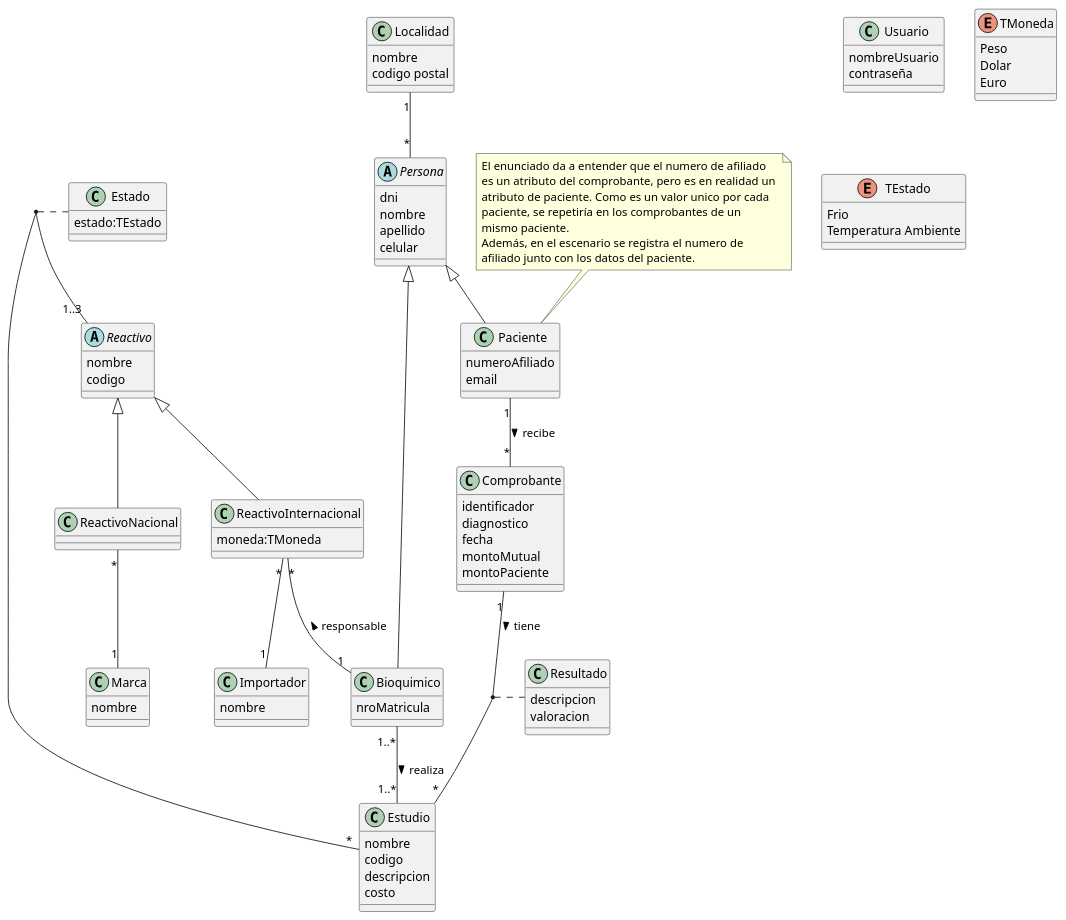
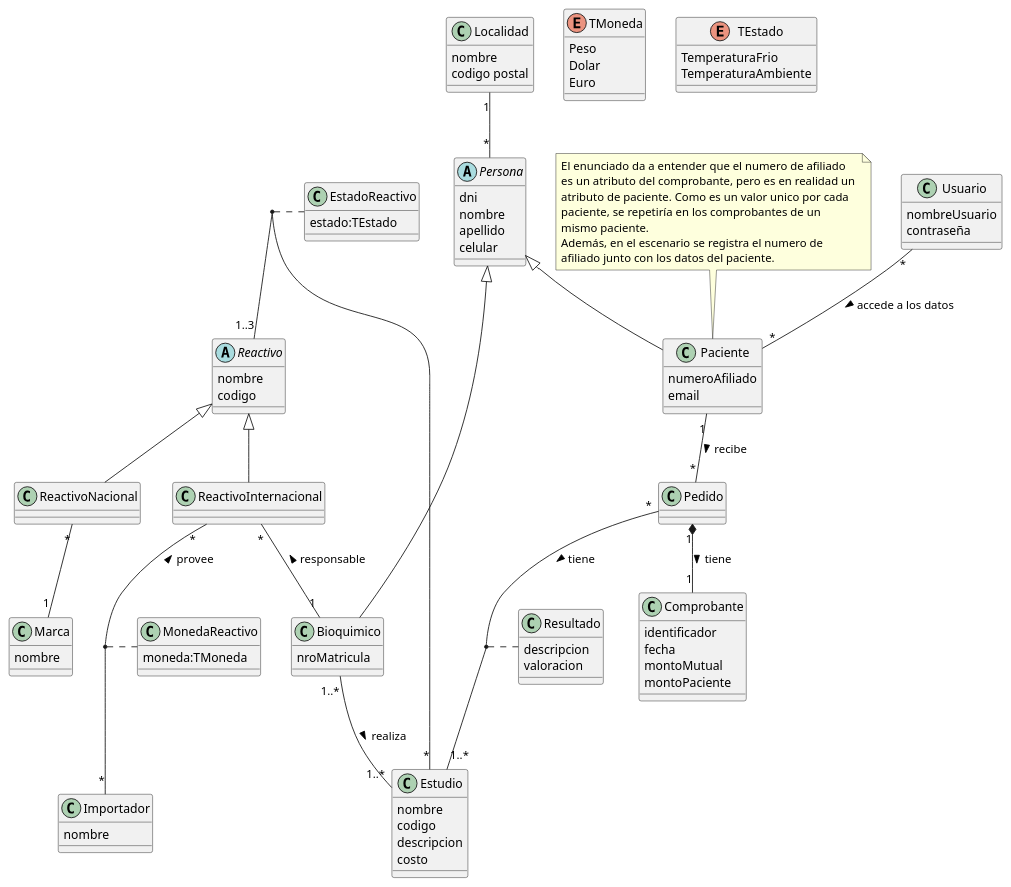
Before and after one commit to lau-luna/uni-2026: the diagram in ingenieria-de-software/practico/practico1/ejercicio-3.puml, drawn with PlantUML. The commit also changed 422 other files, not shown here.

```diff
--- a/ingenieria-de-software/practico/practico1/ejercicio-3.puml
+++ b/ingenieria-de-software/practico/practico1/ejercicio-3.puml
@@ -1,119 +1,131 @@
 @startuml
 
 
 class Localidad {
   nombre
   codigo postal
 }
 
 abstract class Persona {
   dni
   nombre
   apellido
   celular
 }
 
 Localidad "1" -- "*" Persona
 
 class Bioquimico {
   nroMatricula
 }
 
 class Paciente {
   numeroAfiliado
   email
+}
+
+class Pedido {
+
 }
 
 note top of Paciente
   El enunciado da a entender que el numero de afiliado 
   es un atributo del comprobante, pero es en realidad un 
   atributo de paciente. Como es un valor unico por cada 
   paciente, se repetiría en los comprobantes de un 
   mismo paciente.
   Además, en el escenario se registra el numero de 
   afiliado junto con los datos del paciente.
 endnote
 
 Persona <|-- Bioquimico
 Persona <|-- Paciente
 
 class Estudio {
   nombre
   codigo
   descripcion
  costo
 }
 
 Bioquimico "1..*" -- "1..*" Estudio : realiza >
 
 abstract class Reactivo {
   nombre
   codigo
 }
 
 Estudio "*" -- "1..3" Reactivo
 
-class Estado {
+class EstadoReactivo {
   estado:TEstado
 }
 
-(Reactivo, Estudio) .. Estado
+(Reactivo, Estudio) .. EstadoReactivo
 
 
 class ReactivoNacional {
 }
 
 class Marca {
   nombre
 }
 
 ReactivoNacional "*" -- "1" Marca
 
 class ReactivoInternacional {
-  moneda:TMoneda
 }
 
 class Importador {
   nombre
 }
 
 Reactivo <|-- ReactivoNacional
 Reactivo <|-- ReactivoInternacional
-ReactivoInternacional "*" --  "1" Importador
+ReactivoInternacional "*" --  "*" Importador : < provee
 ReactivoInternacional "*" -- "1" Bioquimico : < responsable
+
+class MonedaReactivo {
+  moneda:TMoneda
+}
+
+(ReactivoInternacional, Importador) .. MonedaReactivo
 
 
 class Comprobante {
   identificador
-  diagnostico
   fecha
   montoMutual
   montoPaciente
 }
 
-Comprobante "1" -- "*" Estudio : tiene >
-Paciente "1" -- "*" Comprobante : recibe >
+Pedido "1" *-- "1" Comprobante : tiene >
+
+Pedido "*" -- "1..*" Estudio : tiene >
+Paciente "1" -- "*" Pedido : recibe >
 
 class Resultado {
   descripcion
   valoracion
 }
 
-(Estudio, Comprobante) .. Resultado
+(Estudio, Pedido) .. Resultado
 
 class Usuario {
   nombreUsuario
   contraseña
 }
+
+Usuario "*" -- "*" Paciente : accede a los datos >
 
 enum TMoneda {
   Peso
   Dolar
   Euro
 }
 
 enum TEstado {
- Frio
- Temperatura Ambiente
+ TemperaturaFrio
+ TemperaturaAmbiente
 }
 @enduml
```
